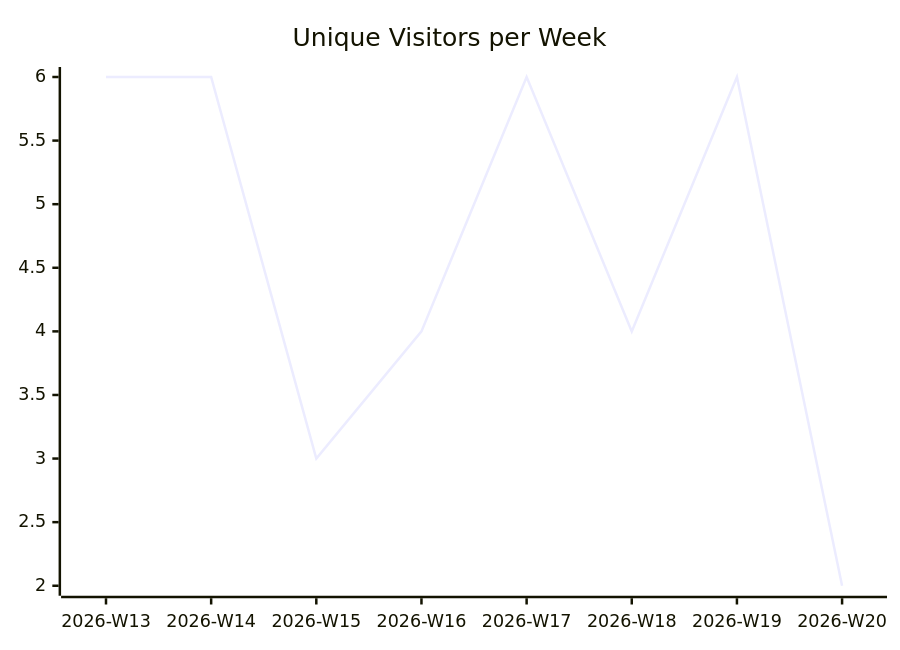
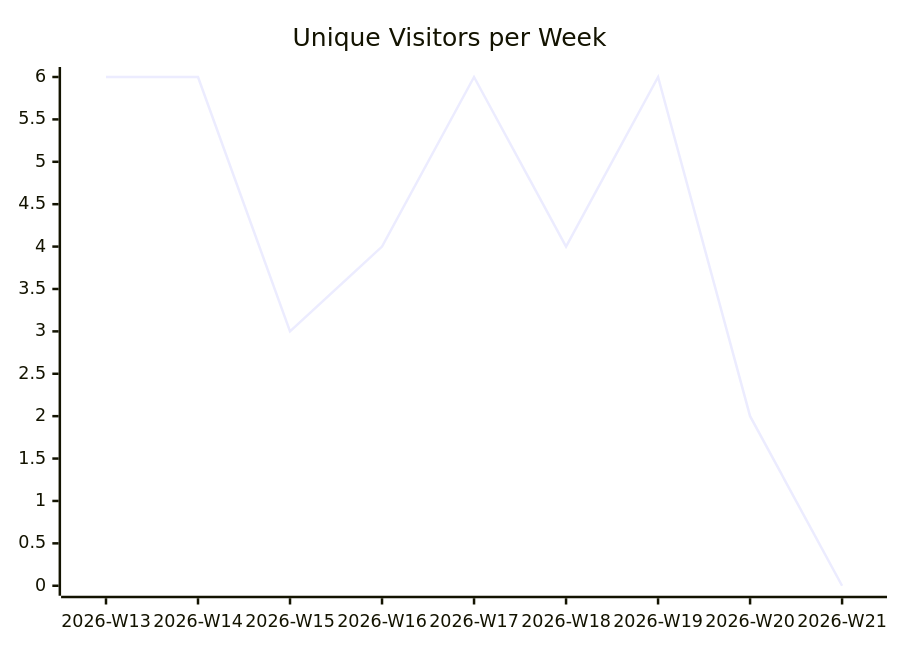
Before and after one commit to justdavis-family/github-analytics-data: the first of 3 diagrams in karlmdavis/ksoap2-android/README.md, drawn with Mermaid. The commit also changed other lines of this file and 189 other files, not shown here.

````diff
--- a/karlmdavis/ksoap2-android/README.md
+++ b/karlmdavis/ksoap2-android/README.md
@@ -5,6 +5,6 @@
 ```mermaid
 xychart-beta
   title "Unique Visitors per Week"
-  x-axis ["2026-W13", "2026-W14", "2026-W15", "2026-W16", "2026-W17", "2026-W18", "2026-W19", "2026-W20"]
-  line [6, 6, 3, 4, 6, 4, 6, 2]
+  x-axis ["2026-W13", "2026-W14", "2026-W15", "2026-W16", "2026-W17", "2026-W18", "2026-W19", "2026-W20", "2026-W21"]
+  line [6, 6, 3, 4, 6, 4, 6, 2, 0]
 ```
````
